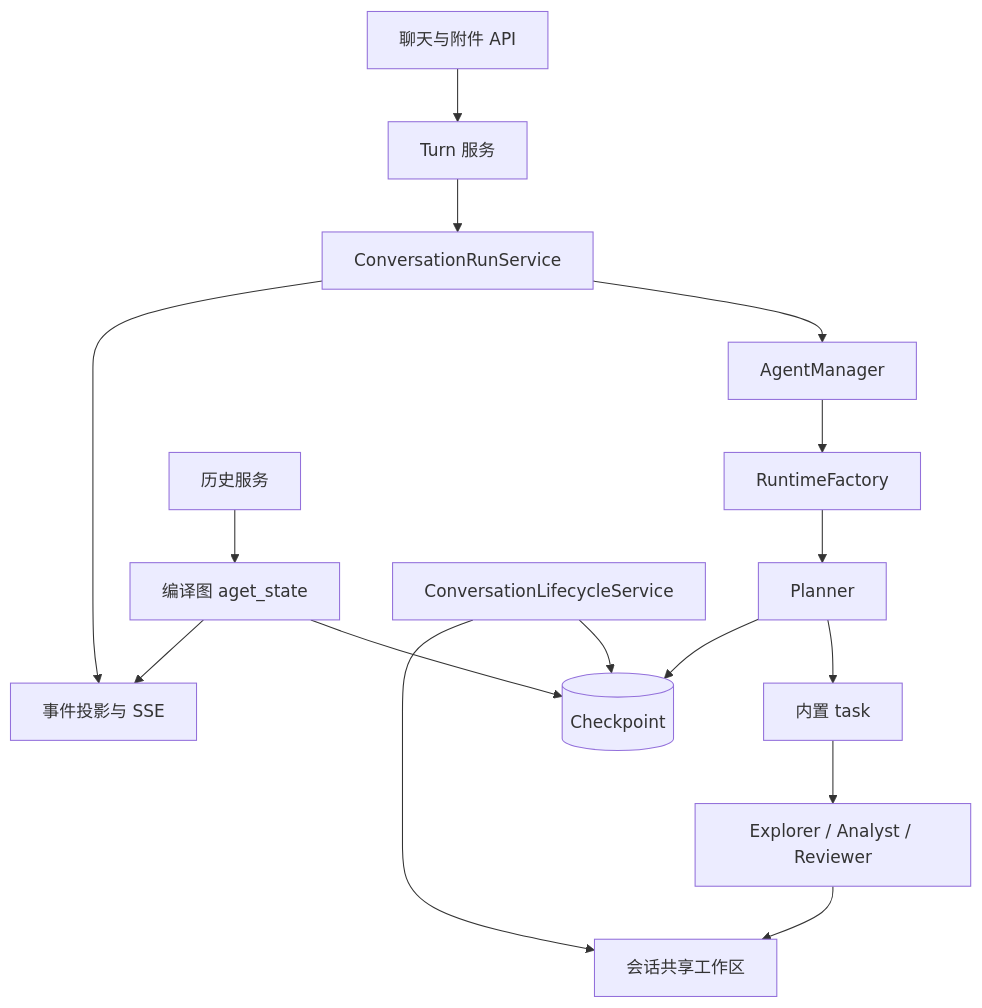
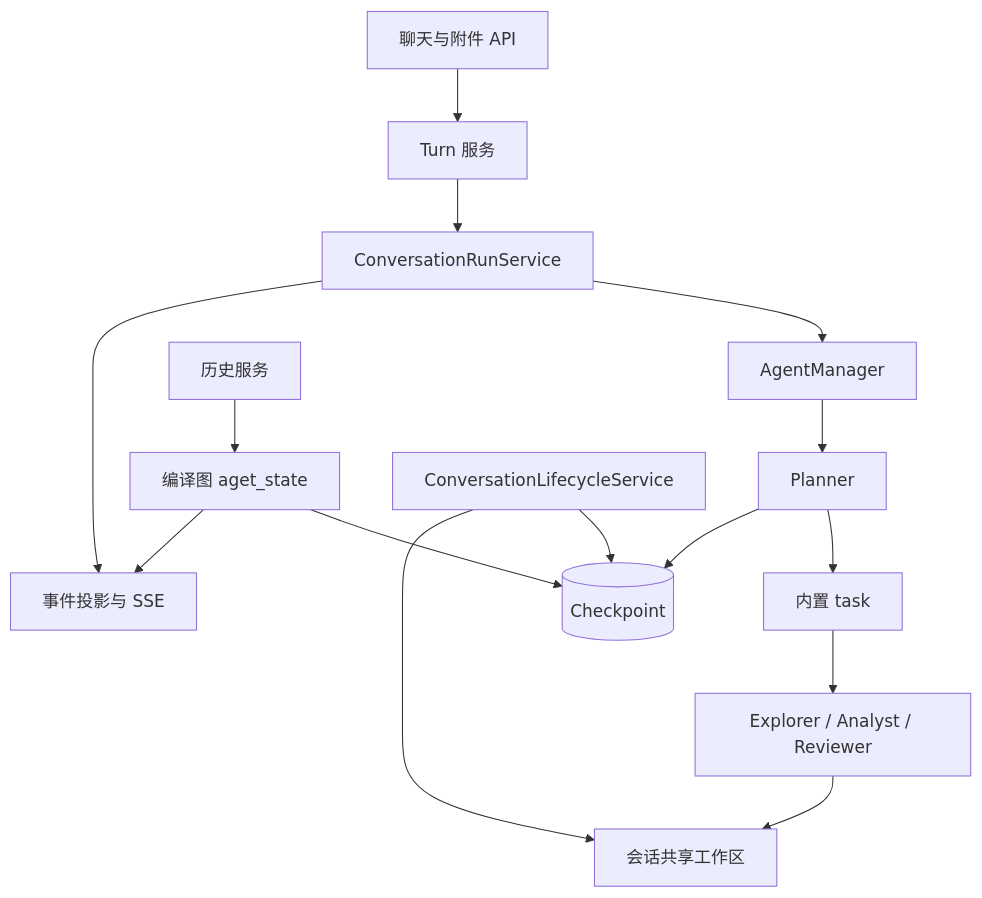
The first of 2 diagrams in docs/06_对话与多智能体协作.md (2739673455/dataagent), drawn with Mermaid before and after one commit. The commit also changed other lines of this file and 67 other files, not shown here.

````diff
--- a/docs/06_对话与多智能体协作.md
+++ b/docs/06_对话与多智能体协作.md
@@ -7,18 +7,17 @@
 ```mermaid
 flowchart TD
     API[聊天与附件 API] --> TURN[Turn 服务]
     TURN --> RUN[ConversationRunService]
     RUN --> MANAGER[AgentManager]
-    MANAGER --> FACTORY[RuntimeFactory]
-    FACTORY --> PLANNER[Planner]
+    MANAGER --> PLANNER[Planner]
     PLANNER --> TASK[内置 task]
     TASK --> SPECIALIST[Explorer / Analyst / Reviewer]
     PLANNER --> PG[(Checkpoint)]
     SPECIALIST --> SANDBOX[会话共享工作区]
     RUN --> EVENTS[事件投影与 SSE]
     HISTORY[历史服务] --> READER[编译图 aget_state]
     READER --> PG
     READER --> EVENTS
     LIFE[ConversationLifecycleService] --> PG
     LIFE --> SANDBOX
 ```
````
